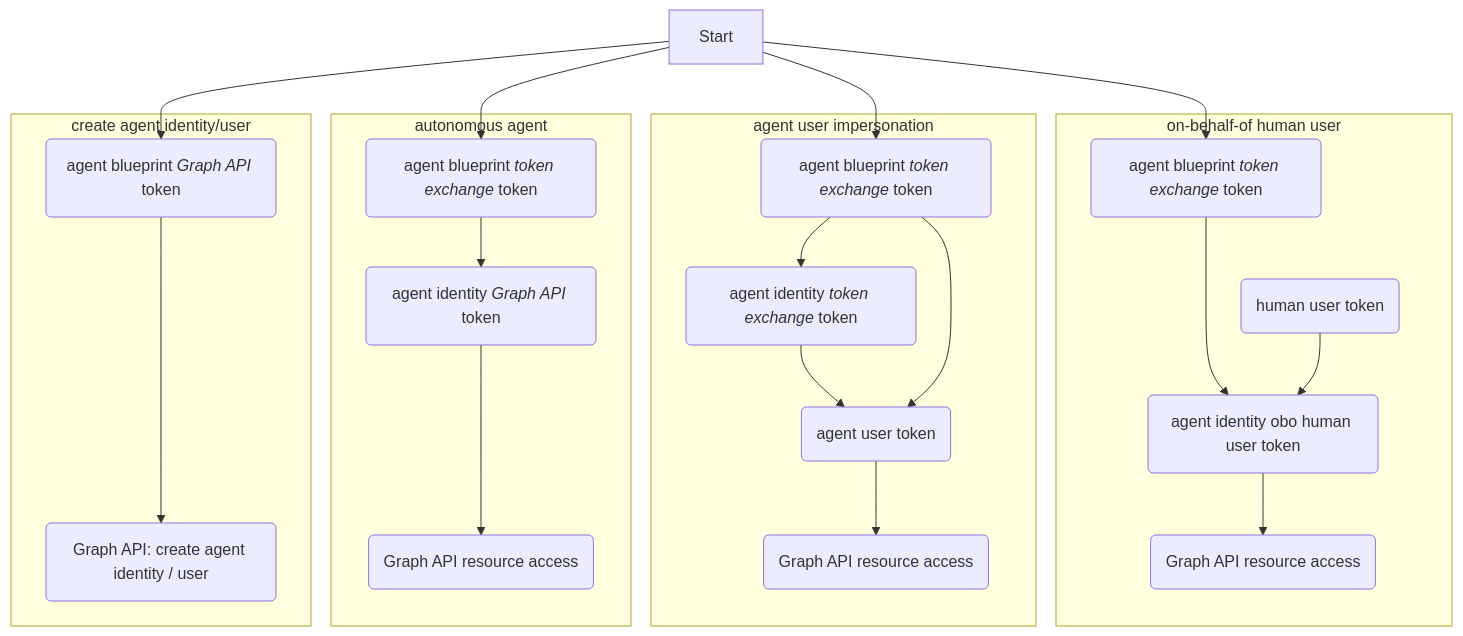
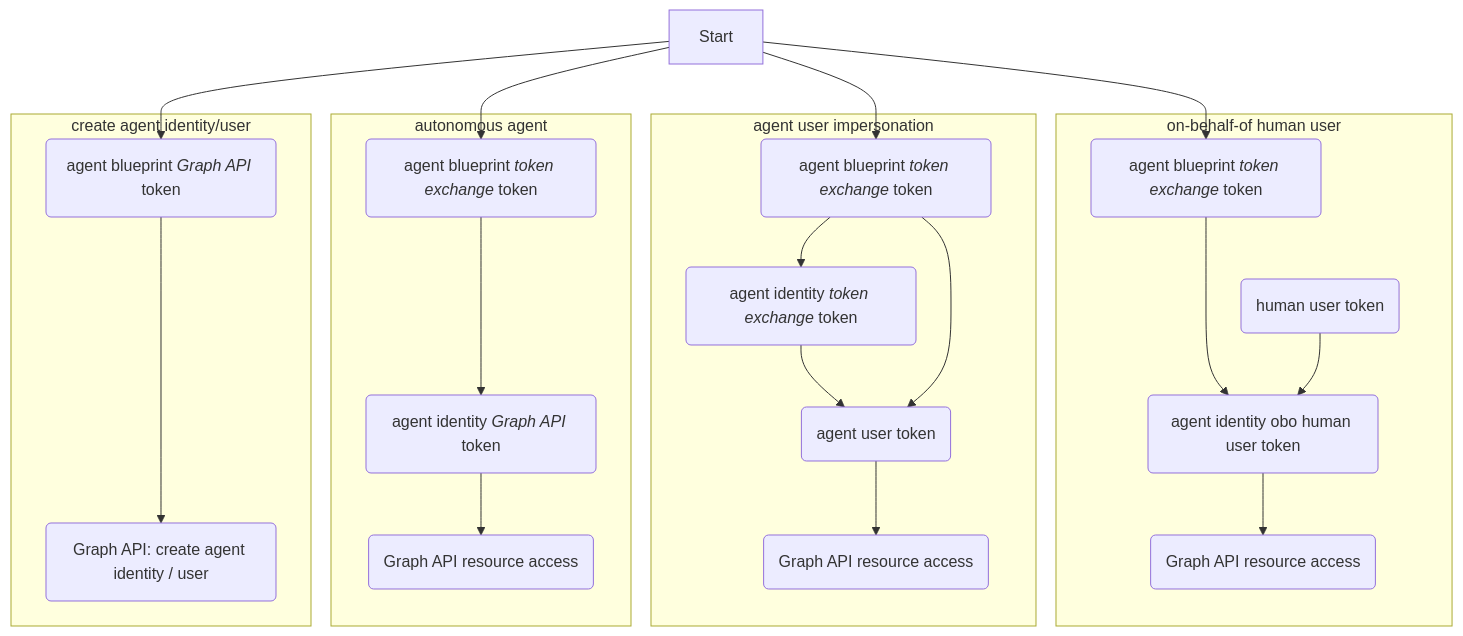
Before and after one commit to joetanx/mslab: the diagram in entra/agent-id/auth-flows.md, drawn with Mermaid.

````diff
--- a/entra/agent-id/auth-flows.md
+++ b/entra/agent-id/auth-flows.md
@@ -3,25 +3,25 @@
 ```mermaid
 flowchart TD
   subgraph on-behalf-of human user
     B4(agent blueprint <i>token exchange</i> token) ---> OBO(agent identity obo human user token)
     HU(human user token) --> OBO
     OBO --> G4(Graph API resource access)
   end
   subgraph agent user impersonation
     B3(agent blueprint <i>token exchange</i> token) --> I2(agent identity <i>token exchange</i> token)
     I2 --> AU(agent user token)
     B3 --> AU
     AU --> G3(Graph API resource access)
   end
   subgraph autonomous agent
-    B2(agent blueprint <i>token exchange</i> token) --> I1(agent identity <i>Graph API</i> token)
-    I1 ---> G2(Graph API resource access)
+    B2(agent blueprint <i>token exchange</i> token) ---> I1(agent identity <i>Graph API</i> token)
+    I1 --> G2(Graph API resource access)
   end
   subgraph create agent identity/user
     B1(agent blueprint <i>Graph API</i> token) ----> G1(Graph API: create agent identity / user)
   end
   Start --> B1
   Start --> B2
   Start --> B3
   Start --> B4
 ```
````
